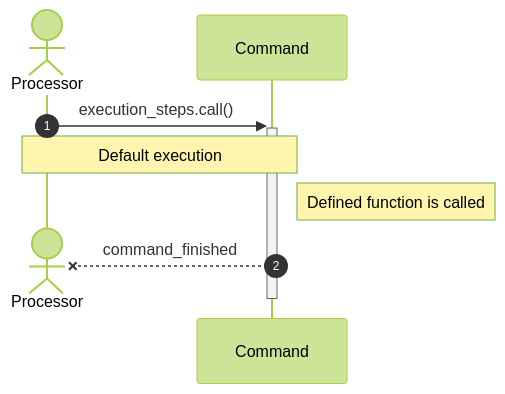
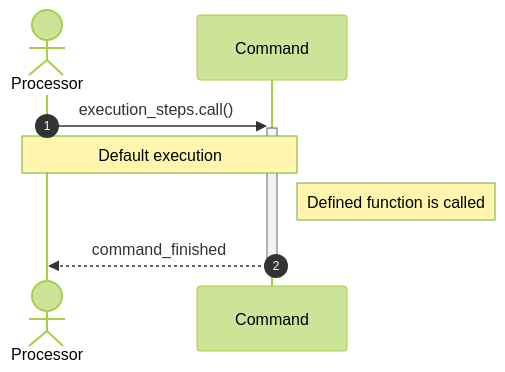
The first of 2 diagrams in commands/README.md (AnidemDex/Blockflow), drawn with Mermaid (forest theme) before and after one commit. The commit also changed 6 other files, not shown here.

````diff
--- a/commands/README.md
+++ b/commands/README.md
@@ -16,11 +16,10 @@
 ```mermaid
 sequenceDiagram
   Actor Processor
   Participant Command
   autonumber
   Processor->>+Command: execution_steps.call()
   Note over Processor, Command: Default execution
   Note right of Command: Defined function is called
-  Destroy Processor
-  Command --x- Processor: command_finished
+  Command -->>- Processor: command_finished
 ```
````
